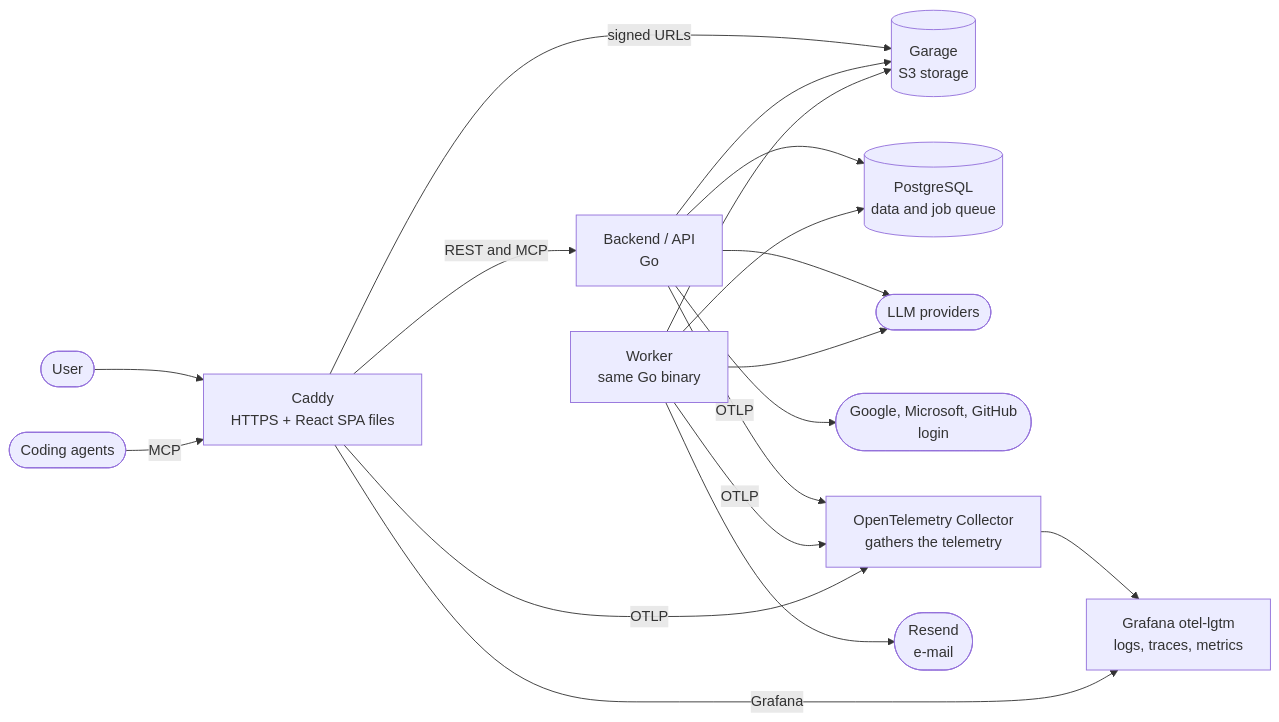
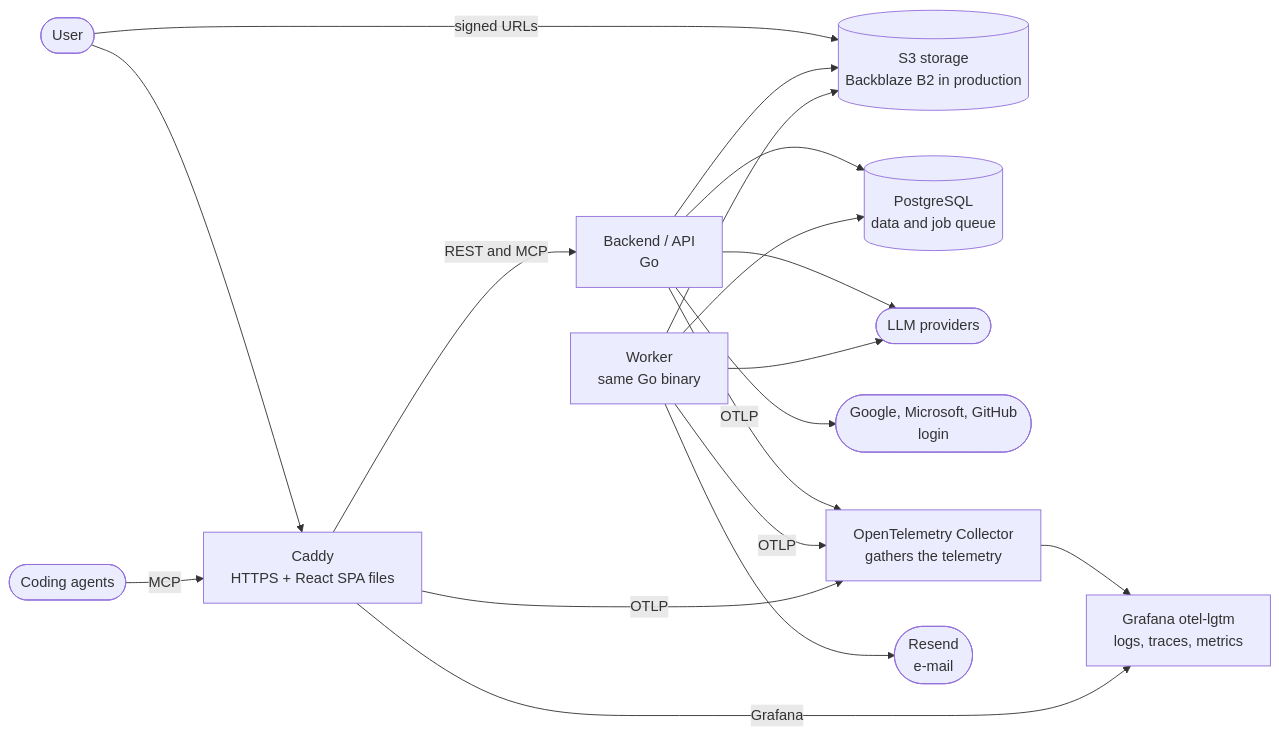
The diagram in README.md (dannilodms/forgespark), drawn with Mermaid before and after one commit. The commit also changed other lines of this file and 14 other files, not shown here.

````diff
--- a/README.md
+++ b/README.md
@@ -43,20 +43,20 @@
 ```mermaid
 flowchart LR
     user([User]) --> proxy[Caddy<br/>HTTPS + React SPA files]
     agents([Coding agents]) -->|MCP| proxy
     proxy -->|REST and MCP| api[Backend / API<br/>Go]
-    proxy -->|signed URLs| storage[(Garage<br/>S3 storage)]
+    user -->|signed URLs| storage[(S3 storage<br/>Backblaze B2 in production)]
     api --> db[(PostgreSQL<br/>data and job queue)]
     api --> storage
     api --> llm([LLM providers])
     api --> idp([Google, Microsoft, GitHub<br/>login])
     api -->|OTLP| collector[OpenTelemetry Collector<br/>gathers the telemetry]
     worker[Worker<br/>same Go binary] --> db
     worker --> storage
     worker --> llm
     worker --> mail([Resend<br/>e-mail])
     worker -->|OTLP| collector
     proxy -->|OTLP| collector
     collector --> telemetry[Grafana otel-lgtm<br/>logs, traces, metrics]
     proxy -->|Grafana| telemetry
 ```
````
